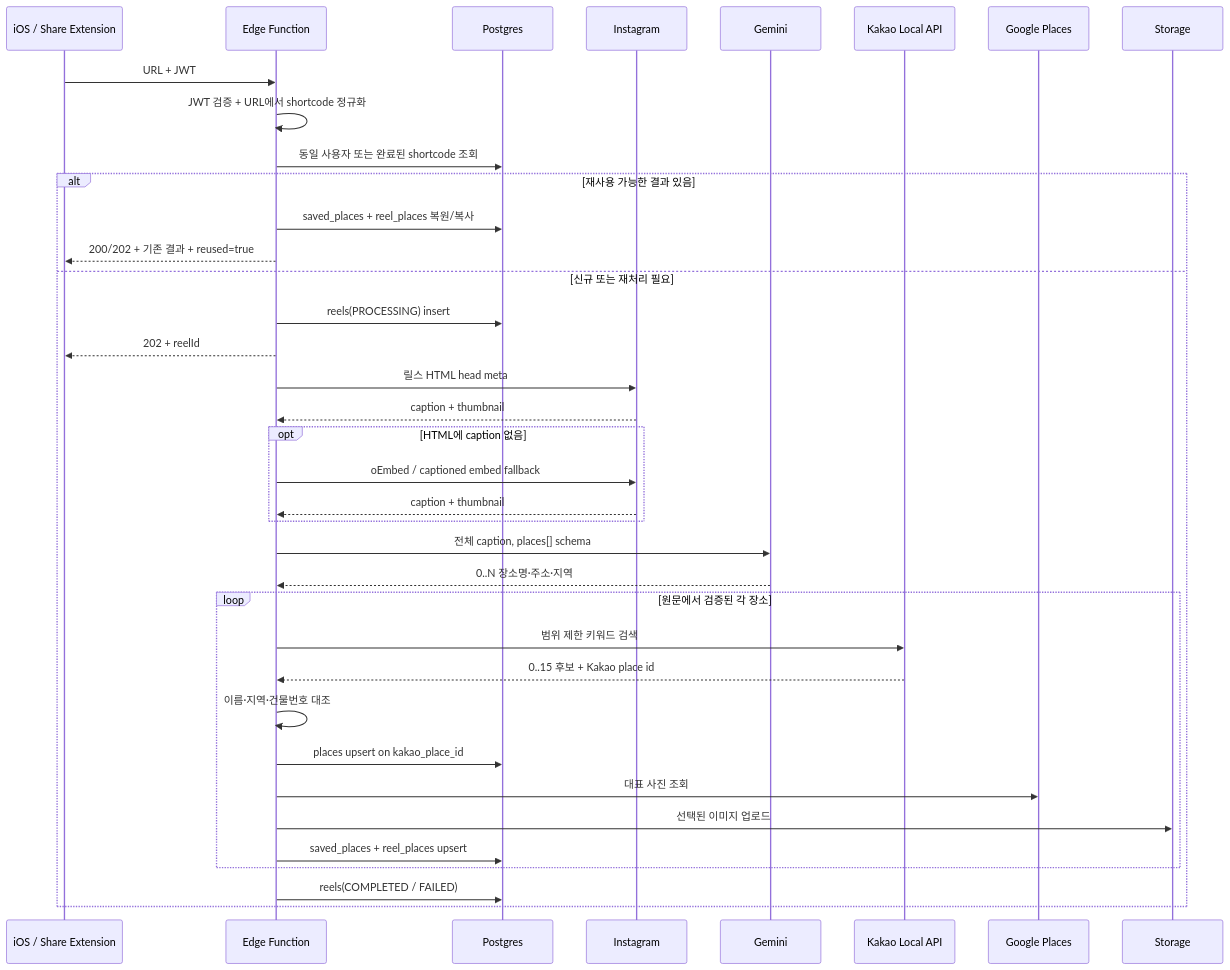
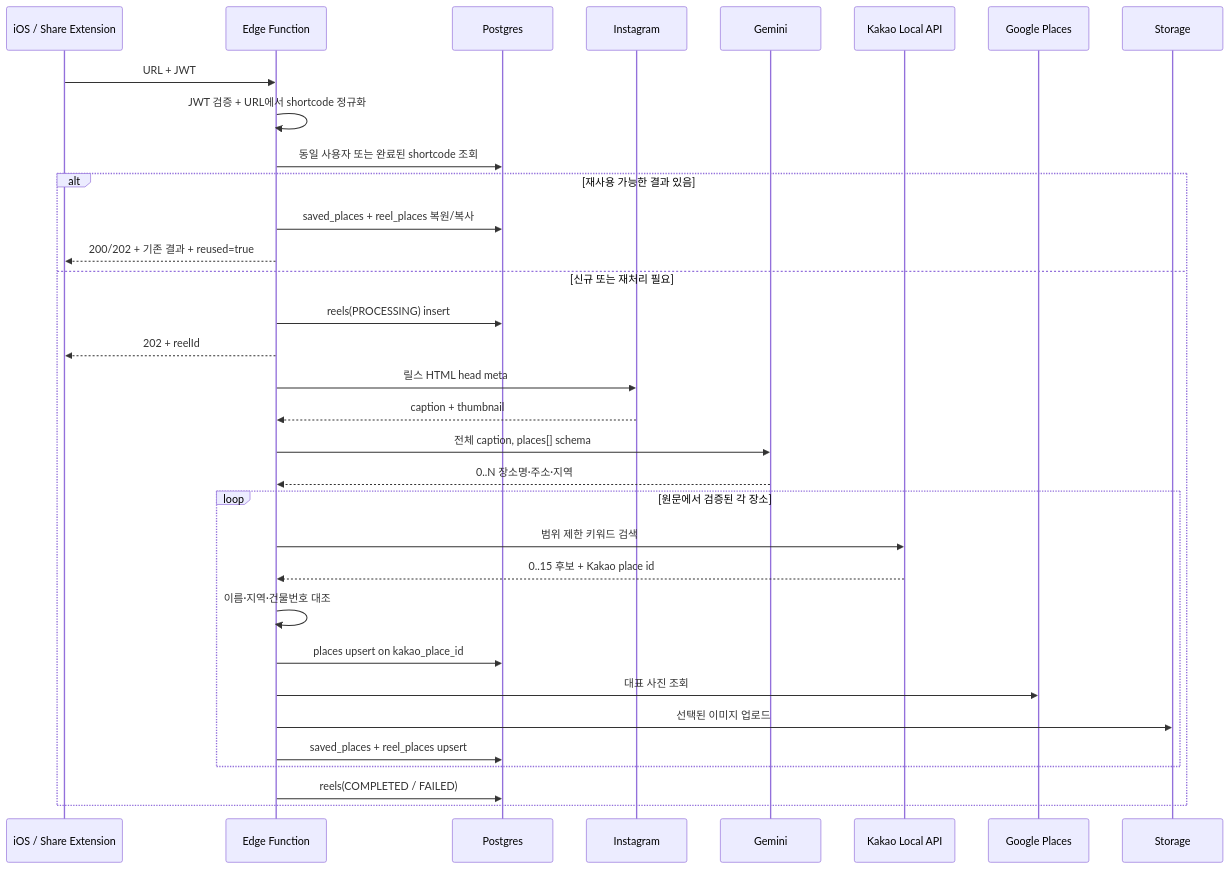
The diagram in docs/save-instagram-reel-flow.md (Jiihyun/yeogidam), drawn with Mermaid before and after one commit. The commit also changed other lines of this file and 6 other files, not shown here.

````diff
--- a/docs/save-instagram-reel-flow.md
+++ b/docs/save-instagram-reel-flow.md
@@ -28,40 +28,36 @@
 ```mermaid
 sequenceDiagram
     participant U as iOS / Share Extension
     participant F as Edge Function
     participant D as Postgres
     participant I as Instagram
     participant AI as Gemini
     participant K as Kakao Local API
     participant G as Google Places
     participant S as Storage
 
     U->>F: URL + JWT
     F->>F: JWT 검증 + URL에서 shortcode 정규화
     F->>D: 동일 사용자 또는 완료된 shortcode 조회
     alt 재사용 가능한 결과 있음
         F->>D: saved_places + reel_places 복원/복사
         F-->>U: 200/202 + 기존 결과 + reused=true
     else 신규 또는 재처리 필요
     F->>D: reels(PROCESSING) insert
     F-->>U: 202 + reelId
     F->>I: 릴스 HTML head meta
     I-->>F: caption + thumbnail
-    opt HTML에 caption 없음
-        F->>I: oEmbed / captioned embed fallback
-        I-->>F: caption + thumbnail
-    end
     F->>AI: 전체 caption, places[] schema
     AI-->>F: 0..N 장소명·주소·지역
     loop 원문에서 검증된 각 장소
         F->>K: 범위 제한 키워드 검색
         K-->>F: 0..15 후보 + Kakao place id
         F->>F: 이름·지역·건물번호 대조
         F->>D: places upsert on kakao_place_id
         F->>G: 대표 사진 조회
         F->>S: 선택된 이미지 업로드
         F->>D: saved_places + reel_places upsert
     end
     F->>D: reels(COMPLETED / FAILED)
     end
 ```
````
